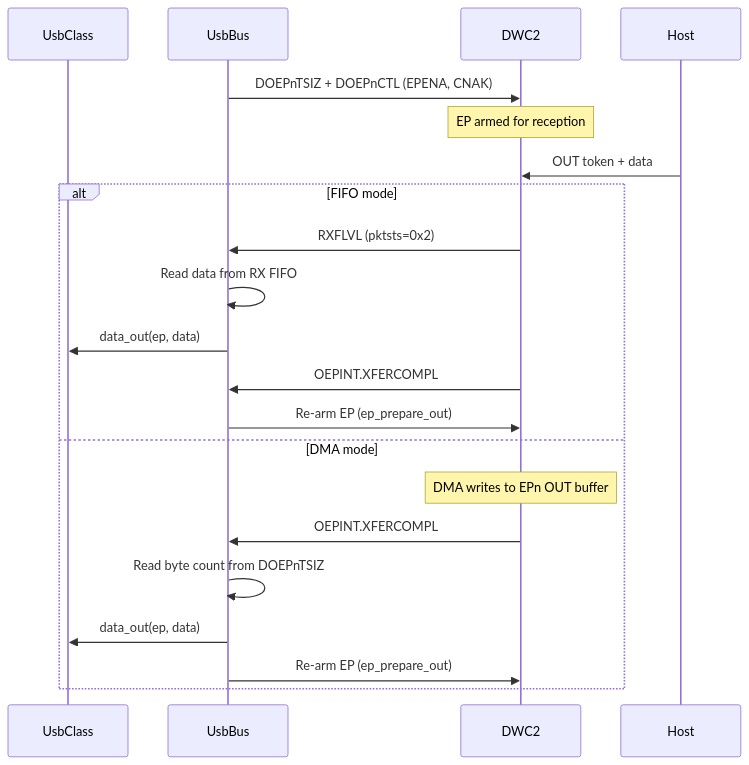
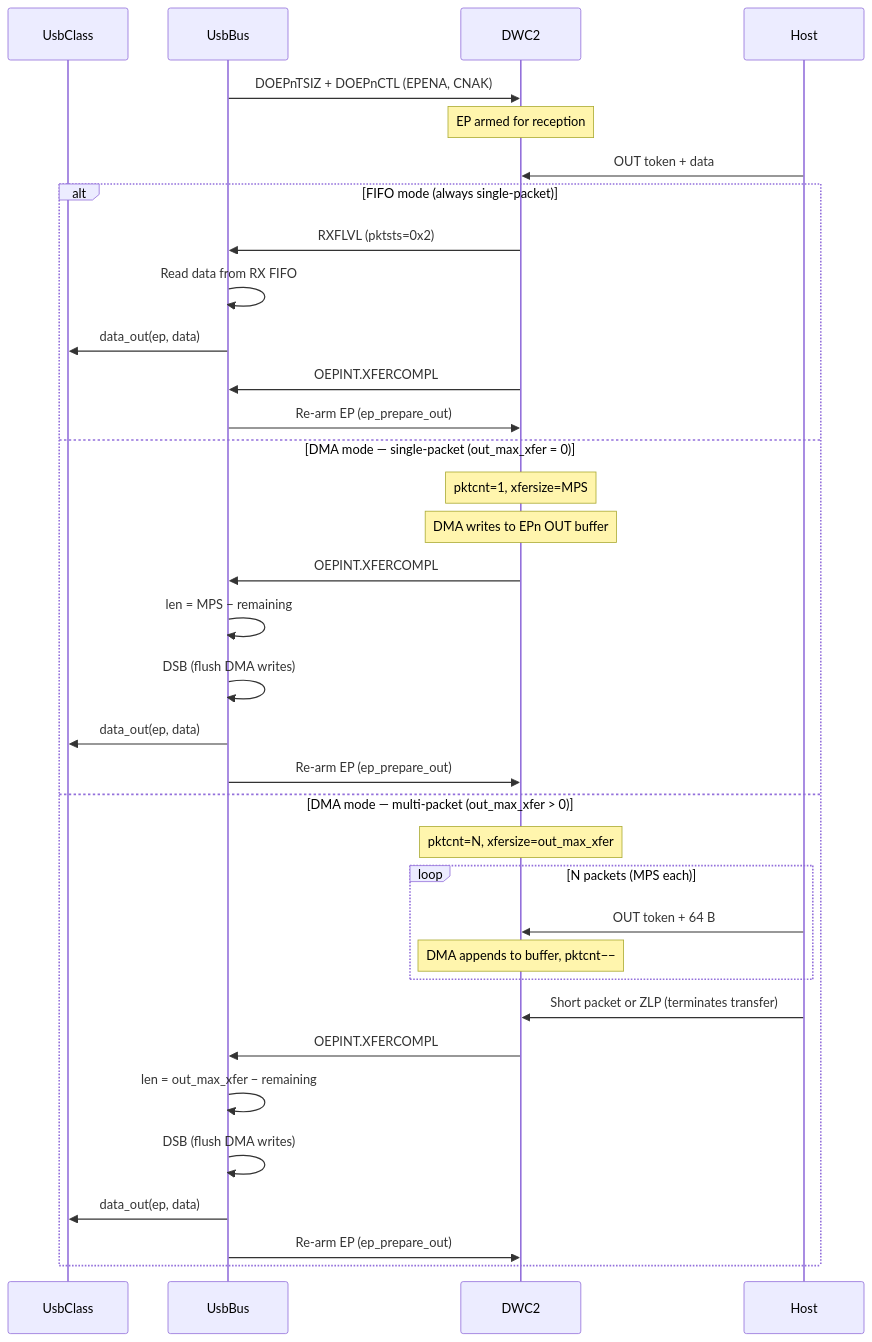
The seventh of 8 diagrams in support/efm32gg11b-usb/README.md (kromych/slstk3701a-blink-rs), drawn with Mermaid before and after one commit. The commit also changed other lines of this file and 11 other files, not shown here.

````diff
--- a/support/efm32gg11b-usb/README.md
+++ b/support/efm32gg11b-usb/README.md
@@ -283,26 +294,40 @@
 ```mermaid
 sequenceDiagram
     participant Class as UsbClass
     participant Bus as UsbBus
     participant DWC2
     participant Host
 
     Bus->>DWC2: DOEPnTSIZ + DOEPnCTL (EPENA, CNAK)
     Note over DWC2: EP armed for reception
 
     Host->>DWC2: OUT token + data
 
-    alt FIFO mode
+    alt FIFO mode (always single-packet)
         DWC2->>Bus: RXFLVL (pktsts=0x2)
         Bus->>Bus: Read data from RX FIFO
         Bus->>Class: data_out(ep, data)
         DWC2->>Bus: OEPINT.XFERCOMPL
         Bus->>DWC2: Re-arm EP (ep_prepare_out)
-    else DMA mode
+    else DMA mode — single-packet (out_max_xfer = 0)
+        Note over DWC2: pktcnt=1, xfersize=MPS
         Note over DWC2: DMA writes to EPn OUT buffer
         DWC2->>Bus: OEPINT.XFERCOMPL
-        Bus->>Bus: Read byte count from DOEPnTSIZ
+        Bus->>Bus: len = MPS − remaining
+        Bus->>Bus: DSB (flush DMA writes)
+        Bus->>Class: data_out(ep, data)
+        Bus->>DWC2: Re-arm EP (ep_prepare_out)
+    else DMA mode — multi-packet (out_max_xfer > 0)
+        Note over DWC2: pktcnt=N, xfersize=out_max_xfer
+        loop N packets (MPS each)
+            Host->>DWC2: OUT token + 64 B
+            Note over DWC2: DMA appends to buffer, pktcnt−−
+        end
+        Host->>DWC2: Short packet or ZLP (terminates transfer)
+        DWC2->>Bus: OEPINT.XFERCOMPL
+        Bus->>Bus: len = out_max_xfer − remaining
+        Bus->>Bus: DSB (flush DMA writes)
         Bus->>Class: data_out(ep, data)
         Bus->>DWC2: Re-arm EP (ep_prepare_out)
     end
 ```
````
